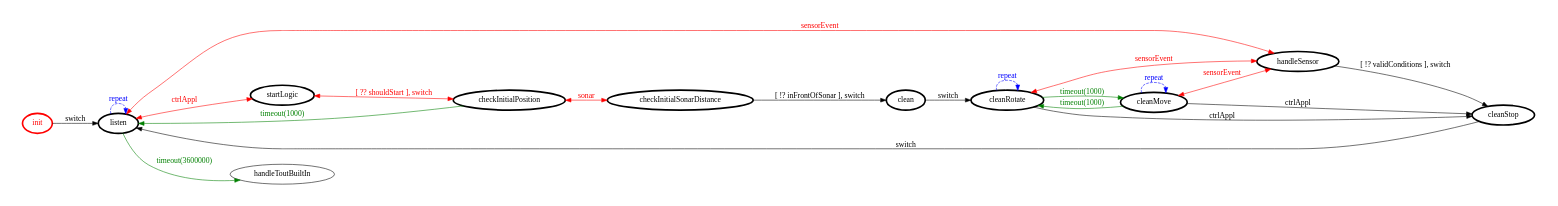
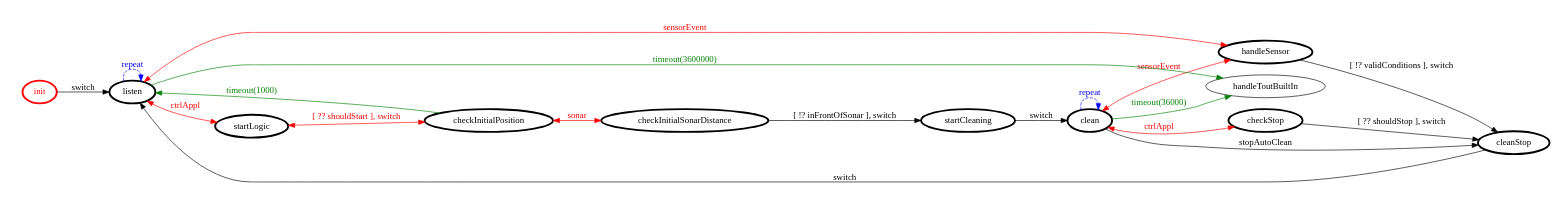
Before and after one commit to piscoTech/uniboIss2018: the diagram in it.unibo.finaltask/srcMore/it/unibo/webguiexecutor/webguiexecutor.gv, drawn with Graphviz. The commit also changed 32 other files, not shown here.

```diff
--- a/it.unibo.finaltask/srcMore/it/unibo/webguiexecutor/webguiexecutor.gv
+++ b/it.unibo.finaltask/srcMore/it/unibo/webguiexecutor/webguiexecutor.gv
@@ -1,43 +1,41 @@
 /*
 *
 * A GraphViz DOT FSM description 
 * Please use a GraphViz visualizer (like http://www.webgraphviz.com)
 *  
 */
 
 digraph finite_state_machine {
 	rankdir=LR
 	size="8,5"
 	
 	init [ color = red ][ fontcolor = red ][ penwidth = 3 ]
 	startLogic [ color = black ][ fontcolor = black ][ penwidth = 3 ]
 	handleSensor [ color = black ][ fontcolor = black ][ penwidth = 3 ]
 	checkInitialSonarDistance [ color = black ][ fontcolor = black ][ penwidth = 3 ]
+	startCleaning [ color = black ][ fontcolor = black ][ penwidth = 3 ]
+	checkStop [ color = black ][ fontcolor = black ][ penwidth = 3 ]
 	clean [ color = black ][ fontcolor = black ][ penwidth = 3 ]
 	cleanStop [ color = black ][ fontcolor = black ][ penwidth = 3 ]
 	listen [ color = black ][ fontcolor = black ][ penwidth = 3 ]
 	checkInitialPosition [ color = black ][ fontcolor = black ][ penwidth = 3 ]
-	cleanMove [ color = black ][ fontcolor = black ][ penwidth = 3 ]
-	cleanRotate [ color = black ][ fontcolor = black ][ penwidth = 3 ]
 	
 	startLogic -> checkInitialPosition [ label = "[ ?? shouldStart ], switch" ][ color = red ][ fontcolor = red ][ dir = both ]
-	clean -> cleanRotate [ label = "switch" ][ color = black ][ fontcolor = black ]
-	cleanMove -> handleSensor [ label = "sensorEvent" ][ color = red ][ fontcolor = red ][ dir = both ]
-	cleanRotate -> cleanMove [ label = "timeout(1000)" ][ color = green ][ fontcolor = green ]
+	clean -> clean [ label = "repeat "][ style = dashed ][ color = blue ][ fontcolor = blue ]
+	clean -> handleToutBuiltIn [ label = "timeout(36000)" ][ color = green ][ fontcolor = green ]
 	listen -> startLogic [ label = "ctrlAppl" ][ color = red ][ fontcolor = red ][ dir = both ]
 	cleanStop -> listen [ label = "switch" ][ color = black ][ fontcolor = black ]
 	checkInitialPosition -> checkInitialSonarDistance [ label = "sonar" ][ color = red ][ fontcolor = red ][ dir = both ]
-	cleanMove -> cleanStop [ label = "ctrlAppl" ][ color = black ][ fontcolor = black ]
-	cleanRotate -> cleanStop [ label = "ctrlAppl" ][ color = black ][ fontcolor = black ]
-	cleanRotate -> handleSensor [ label = "sensorEvent" ][ color = red ][ fontcolor = red ][ dir = both ]
+	clean -> handleSensor [ label = "sensorEvent" ][ color = red ][ fontcolor = red ][ dir = both ]
 	listen -> handleSensor [ label = "sensorEvent" ][ color = red ][ fontcolor = red ][ dir = both ]
 	checkInitialPosition -> listen [ label = "timeout(1000)" ][ color = green ][ fontcolor = green ]
+	startCleaning -> clean [ label = "switch" ][ color = black ][ fontcolor = black ]
+	checkInitialSonarDistance -> startCleaning [ label = "[ !? inFrontOfSonar ], switch" ][ color = black ][ fontcolor = black ]
 	listen -> handleToutBuiltIn [ label = "timeout(3600000)" ][ color = green ][ fontcolor = green ]
-	cleanMove -> cleanRotate [ label = "timeout(1000)" ][ color = green ][ fontcolor = green ]
 	listen -> listen [ label = "repeat "][ style = dashed ][ color = blue ][ fontcolor = blue ]
+	clean -> cleanStop [ label = "stopAutoClean" ][ color = black ][ fontcolor = black ]
+	clean -> checkStop [ label = "ctrlAppl" ][ color = red ][ fontcolor = red ][ dir = both ]
 	init -> listen [ label = "switch" ][ color = black ][ fontcolor = black ]
+	checkStop -> cleanStop [ label = "[ ?? shouldStop ], switch" ][ color = black ][ fontcolor = black ]
 	handleSensor -> cleanStop [ label = "[ !? validConditions ], switch" ][ color = black ][ fontcolor = black ]
-	cleanMove -> cleanMove [ label = "repeat "][ style = dashed ][ color = blue ][ fontcolor = blue ]
-	checkInitialSonarDistance -> clean [ label = "[ !? inFrontOfSonar ], switch" ][ color = black ][ fontcolor = black ]
-	cleanRotate -> cleanRotate [ label = "repeat "][ style = dashed ][ color = blue ][ fontcolor = blue ]
 }
```
